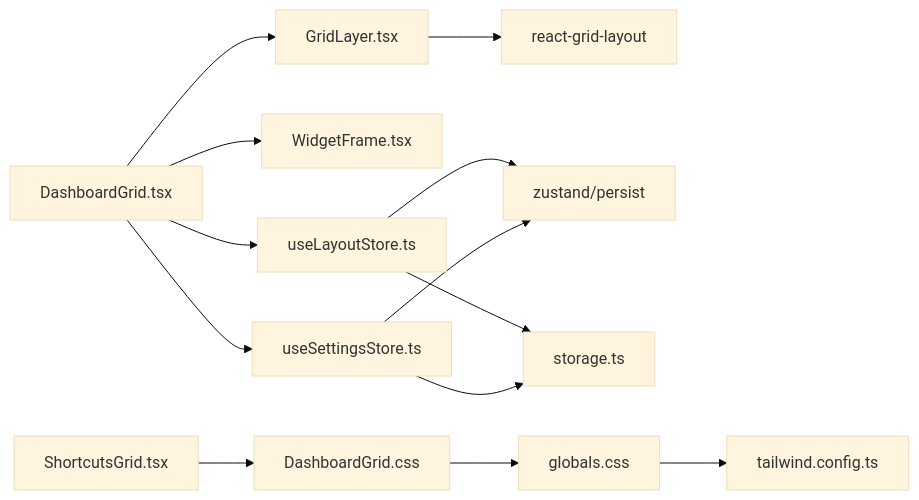
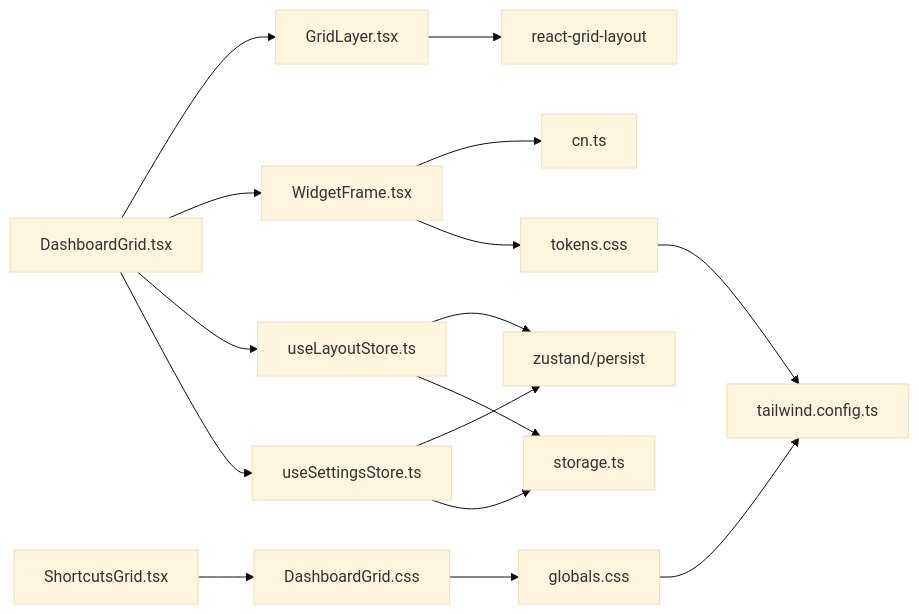
Before and after one commit to Zy0913/xtab: the tenth of 10 diagrams in .qoder/repowiki/zh/content/布局系统.md, drawn with Mermaid (base theme). The commit also changed other lines of this file and 15 other files, not shown here.

````diff
--- a/.qoder/repowiki/zh/content/布局系统.md
+++ b/.qoder/repowiki/zh/content/布局系统.md
@@ -474,15 +511,18 @@
 ```mermaid
 graph LR
 DG["DashboardGrid.tsx"] --> GL["GridLayer.tsx"]
 DG --> WF["WidgetFrame.tsx"]
 DG --> LS["useLayoutStore.ts"]
 DG --> SS["useSettingsStore.ts"]
 GL --> RGL["react-grid-layout"]
 LS --> ZP["zustand/persist"]
 LS --> ST["storage.ts"]
 SS --> ZP
 SS --> ST
+WF --> CN["cn.ts"]
+WF --> TK["tokens.css"]
 SG["ShortcutsGrid.tsx"] --> CSS["DashboardGrid.css"]
 CSS --> GCSS["globals.css"]
 GCSS --> TC["tailwind.config.ts"]
+TK --> TC
 ```
````
